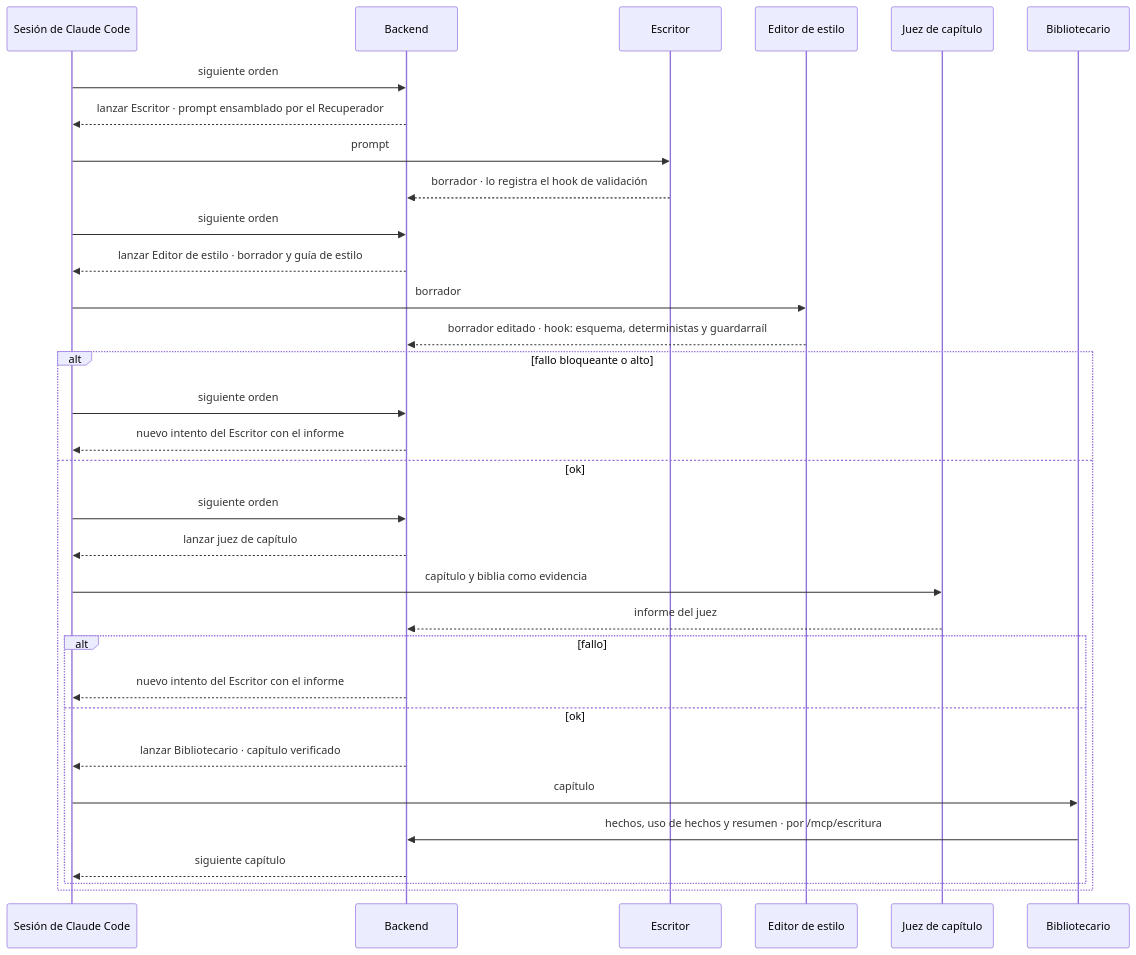
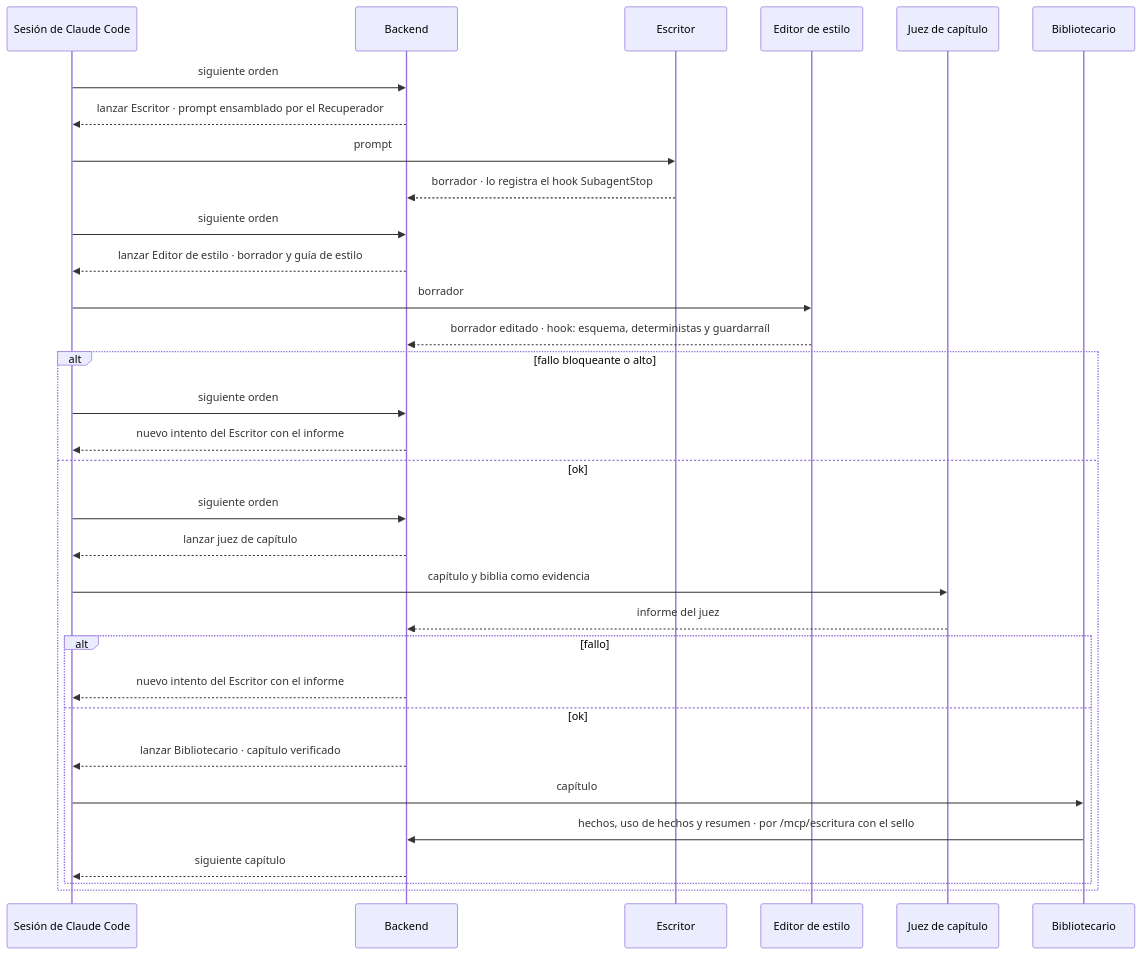
One commit to Asieribarz/my-story-marker changed the sixth of 10 diagrams in docs/architecture.md. Above: the diagram before and after it, drawn with Mermaid. The commit also changed other lines of this file and 116 other files, not shown here.

````diff
--- a/docs/architecture.md
+++ b/docs/architecture.md
@@ -317,35 +337,35 @@
 ```mermaid
 sequenceDiagram
   participant O as Sesión de Claude Code
   participant K as Backend
   participant W as Escritor
   participant E as Editor de estilo
   participant J as Juez de capítulo
   participant L as Bibliotecario
 
   O->>K: siguiente orden
   K-->>O: lanzar Escritor · prompt ensamblado por el Recuperador
   O->>W: prompt
-  W-->>K: borrador · lo registra el hook de validación
+  W-->>K: borrador · lo registra el hook SubagentStop
   O->>K: siguiente orden
   K-->>O: lanzar Editor de estilo · borrador y guía de estilo
   O->>E: borrador
   E-->>K: borrador editado · hook: esquema, deterministas y guardarraíl
   alt fallo bloqueante o alto
     O->>K: siguiente orden
     K-->>O: nuevo intento del Escritor con el informe
   else ok
     O->>K: siguiente orden
     K-->>O: lanzar juez de capítulo
     O->>J: capítulo y biblia como evidencia
     J-->>K: informe del juez
     alt fallo
       K-->>O: nuevo intento del Escritor con el informe
     else ok
       K-->>O: lanzar Bibliotecario · capítulo verificado
       O->>L: capítulo
-      L->>K: hechos, uso de hechos y resumen · por /mcp/escritura
+      L->>K: hechos, uso de hechos y resumen · por /mcp/escritura con el sello
       K-->>O: siguiente capítulo
     end
   end
 ```
````
